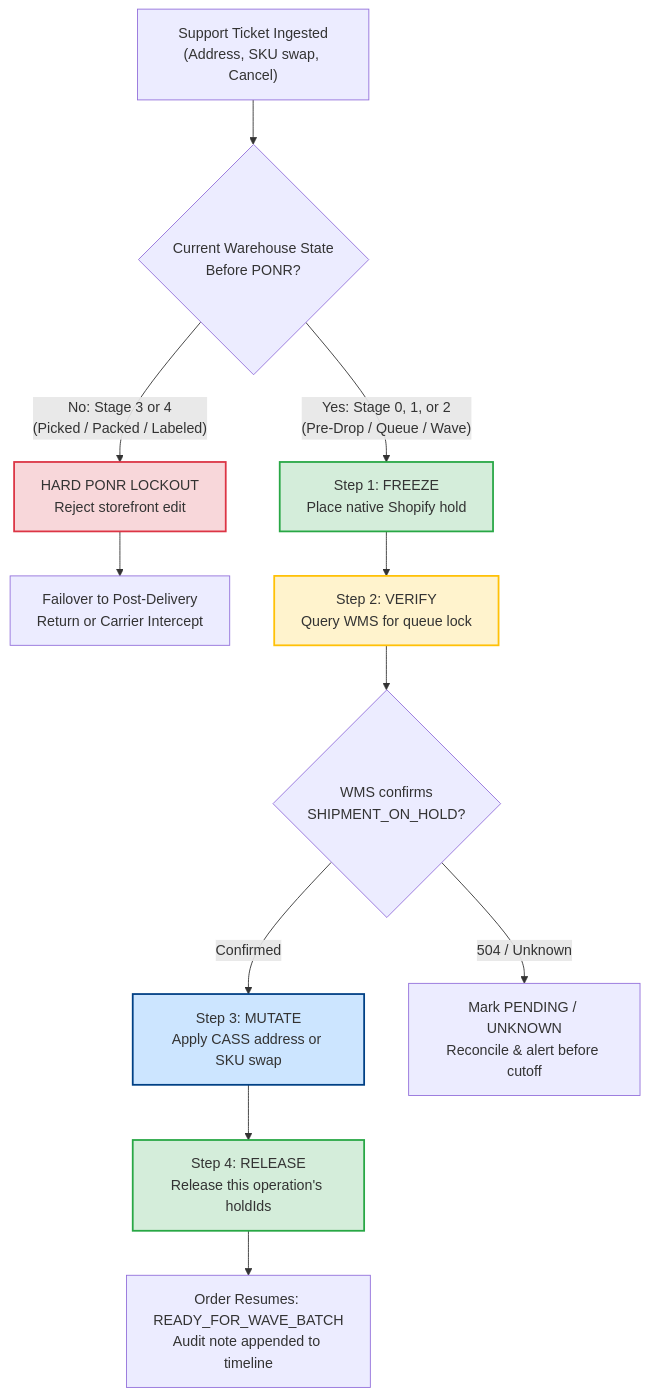
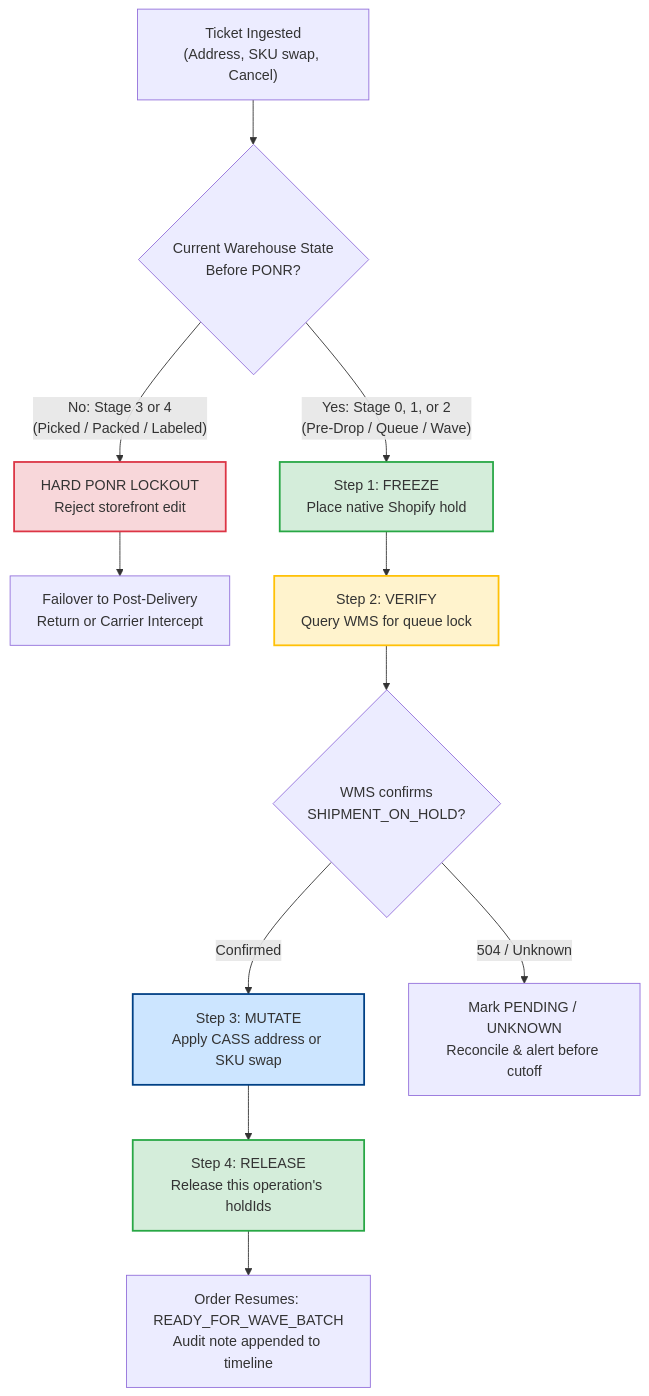
One commit to riovicsusas/portfolio changed the second of 3 diagrams in domain-1-order-lifecycle/TechnicalStudy-Domain1-OrderStateMachineAndPONR.md. Above: the diagram before and after it, drawn with Mermaid. The commit also changed other lines of this file and 5 other files, not shown here.

````diff
--- a/domain-1-order-lifecycle/TechnicalStudy-Domain1-OrderStateMachineAndPONR.md
+++ b/domain-1-order-lifecycle/TechnicalStudy-Domain1-OrderStateMachineAndPONR.md
@@ -290,23 +264,23 @@
 ```mermaid
 flowchart TD
-    A["Support Ticket Ingested<br>(Address, SKU swap, Cancel)"] --> B{"Current Warehouse State<br>Before PONR?"}
+    A["Ticket Ingested<br>(Address, SKU swap, Cancel)"] --> B{"Current Warehouse State<br>Before PONR?"}
     
     B -- "No: Stage 3 or 4<br>(Picked / Packed / Labeled)" --> C["HARD PONR LOCKOUT<br>Reject storefront edit"]
     C --> D["Failover to Post-Delivery<br>Return or Carrier Intercept"]
 
     B -- "Yes: Stage 0, 1, or 2<br>(Pre-Drop / Queue / Wave)" --> E["Step 1: FREEZE<br>Place native Shopify hold"]
     E --> F["Step 2: VERIFY<br>Query WMS for queue lock"]
     
     F --> G{"WMS confirms<br>SHIPMENT_ON_HOLD?"}
     G -- "Confirmed" --> H["Step 3: MUTATE<br>Apply CASS address or SKU swap"]
     G -- "504 / Unknown" --> I["Mark PENDING / UNKNOWN<br>Reconcile & alert before cutoff"]
     
     H --> J["Step 4: RELEASE<br>Release this operation's holdIds"]
     J --> K["Order Resumes: READY_FOR_WAVE_BATCH<br>Audit note appended to timeline"]
 
     style C fill:#f8d7da,stroke:#dc3545,stroke-width:2px;
     style E fill:#d4edda,stroke:#28a745,stroke-width:2px;
     style F fill:#fff3cd,stroke:#ffc107,stroke-width:2px;
     style H fill:#cce5ff,stroke:#004085,stroke-width:2px;
     style J fill:#d4edda,stroke:#28a745,stroke-width:2px;
 ```
````
